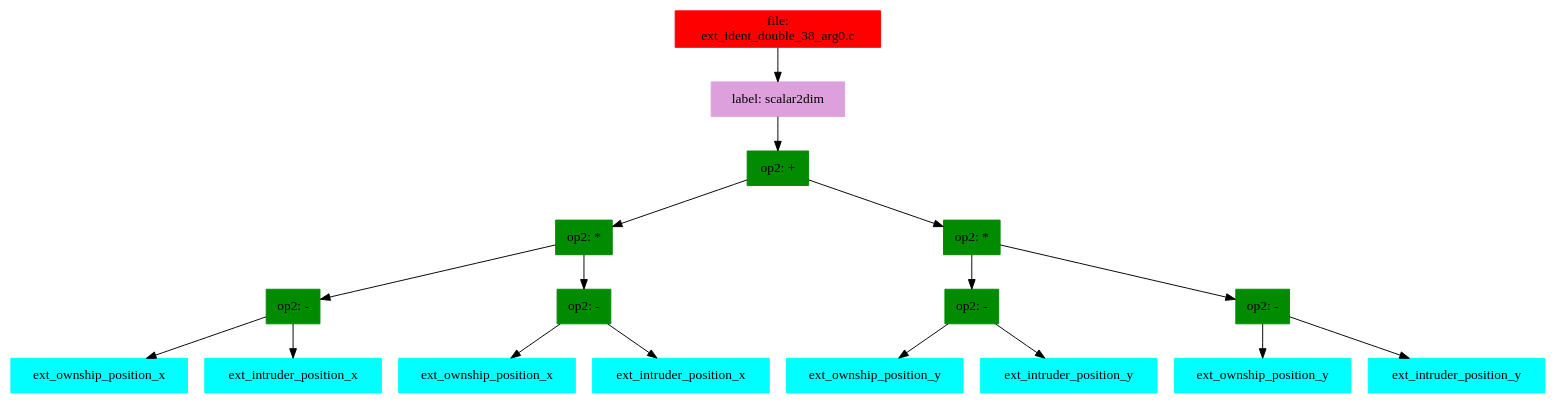
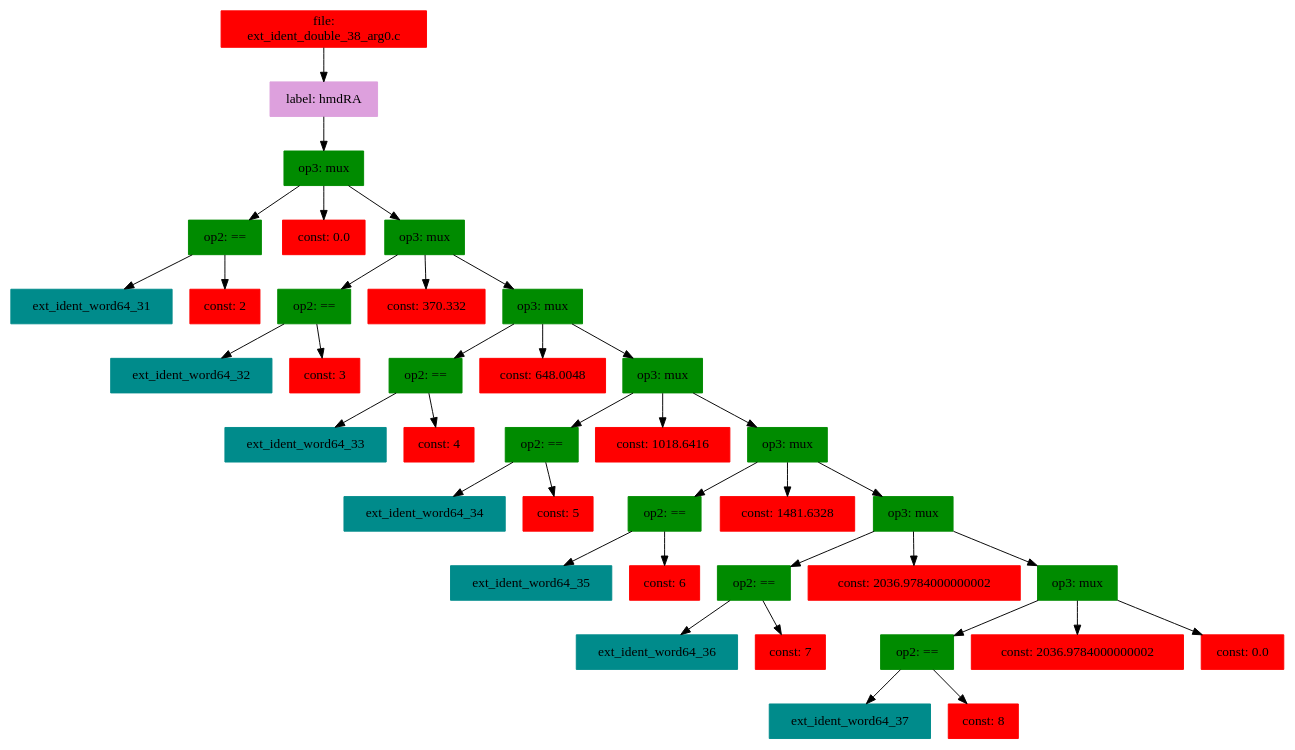
One commit to Copilot-Language/examplesForACSL changed the diagram in example36/copilot-sbv-codegen/ext_ident_double_38_arg0.c.gv. Above: the diagram before and after it, drawn with Graphviz. The commit also changed 5241 other files, not shown here.

```diff
--- a/example36/copilot-sbv-codegen/ext_ident_double_38_arg0.c.gv
+++ b/example36/copilot-sbv-codegen/ext_ident_double_38_arg0.c.gv
@@ -1,40 +1,82 @@
 digraph G {
 node [shape=box]
 
 0 [label="file: 
 ext_ident_double_38_arg0.c",color=red, style=filled]
-1 [label="label: scalar2dim",color=plum, style=filled]
+1 [label="label: hmdRA",color=plum, style=filled]
 0 -> 1
-2 [label="op2: +",color=green4, style=filled]
+2 [label="op3: mux",color=green4, style=filled]
 1 -> 2
-3 [label="op2: *",color=green4, style=filled]
+3 [label="op2: ==",color=green4, style=filled]
 2 -> 3
-4 [label="op2: -",color=green4, style=filled]
+4 [label="ext_ident_word64_31",color=cyan4, style=filled]
 3 -> 4
-5 [label="ext_ownship_position_x",color=cyan1, style=filled]
-4 -> 5
-6 [label="ext_intruder_position_x",color=cyan1, style=filled]
-4 -> 6
-7 [label="op2: -",color=green4, style=filled]
-3 -> 7
-8 [label="ext_ownship_position_x",color=cyan1, style=filled]
-7 -> 8
-9 [label="ext_intruder_position_x",color=cyan1, style=filled]
-7 -> 9
-10 [label="op2: *",color=green4, style=filled]
-2 -> 10
-11 [label="op2: -",color=green4, style=filled]
-10 -> 11
-12 [label="ext_ownship_position_y",color=cyan1, style=filled]
-11 -> 12
-13 [label="ext_intruder_position_y",color=cyan1, style=filled]
-11 -> 13
-14 [label="op2: -",color=green4, style=filled]
-10 -> 14
-15 [label="ext_ownship_position_y",color=cyan1, style=filled]
-14 -> 15
-16 [label="ext_intruder_position_y",color=cyan1, style=filled]
-14 -> 16
+41 [label="const: 2",color=red1, style=filled]
+3 -> 41
+42 [label="const: 0.0",color=red1, style=filled]
+2 -> 42
+43 [label="op3: mux",color=green4, style=filled]
+2 -> 43
+44 [label="op2: ==",color=green4, style=filled]
+43 -> 44
+45 [label="ext_ident_word64_32",color=cyan4, style=filled]
+44 -> 45
+82 [label="const: 3",color=red1, style=filled]
+44 -> 82
+83 [label="const: 370.332",color=red1, style=filled]
+43 -> 83
+84 [label="op3: mux",color=green4, style=filled]
+43 -> 84
+85 [label="op2: ==",color=green4, style=filled]
+84 -> 85
+86 [label="ext_ident_word64_33",color=cyan4, style=filled]
+85 -> 86
+123 [label="const: 4",color=red1, style=filled]
+85 -> 123
+124 [label="const: 648.0048",color=red1, style=filled]
+84 -> 124
+125 [label="op3: mux",color=green4, style=filled]
+84 -> 125
+126 [label="op2: ==",color=green4, style=filled]
+125 -> 126
+127 [label="ext_ident_word64_34",color=cyan4, style=filled]
+126 -> 127
+164 [label="const: 5",color=red1, style=filled]
+126 -> 164
+165 [label="const: 1018.6416",color=red1, style=filled]
+125 -> 165
+166 [label="op3: mux",color=green4, style=filled]
+125 -> 166
+167 [label="op2: ==",color=green4, style=filled]
+166 -> 167
+168 [label="ext_ident_word64_35",color=cyan4, style=filled]
+167 -> 168
+205 [label="const: 6",color=red1, style=filled]
+167 -> 205
+206 [label="const: 1481.6328",color=red1, style=filled]
+166 -> 206
+207 [label="op3: mux",color=green4, style=filled]
+166 -> 207
+208 [label="op2: ==",color=green4, style=filled]
+207 -> 208
+209 [label="ext_ident_word64_36",color=cyan4, style=filled]
+208 -> 209
+246 [label="const: 7",color=red1, style=filled]
+208 -> 246
+247 [label="const: 2036.9784000000002",color=red1, style=filled]
+207 -> 247
+248 [label="op3: mux",color=green4, style=filled]
+207 -> 248
+249 [label="op2: ==",color=green4, style=filled]
+248 -> 249
+250 [label="ext_ident_word64_37",color=cyan4, style=filled]
+249 -> 250
+287 [label="const: 8",color=red1, style=filled]
+249 -> 287
+288 [label="const: 2036.9784000000002",color=red1, style=filled]
+248 -> 288
+289 [label="const: 0.0",color=red1, style=filled]
+248 -> 289
 
 
 }
```
